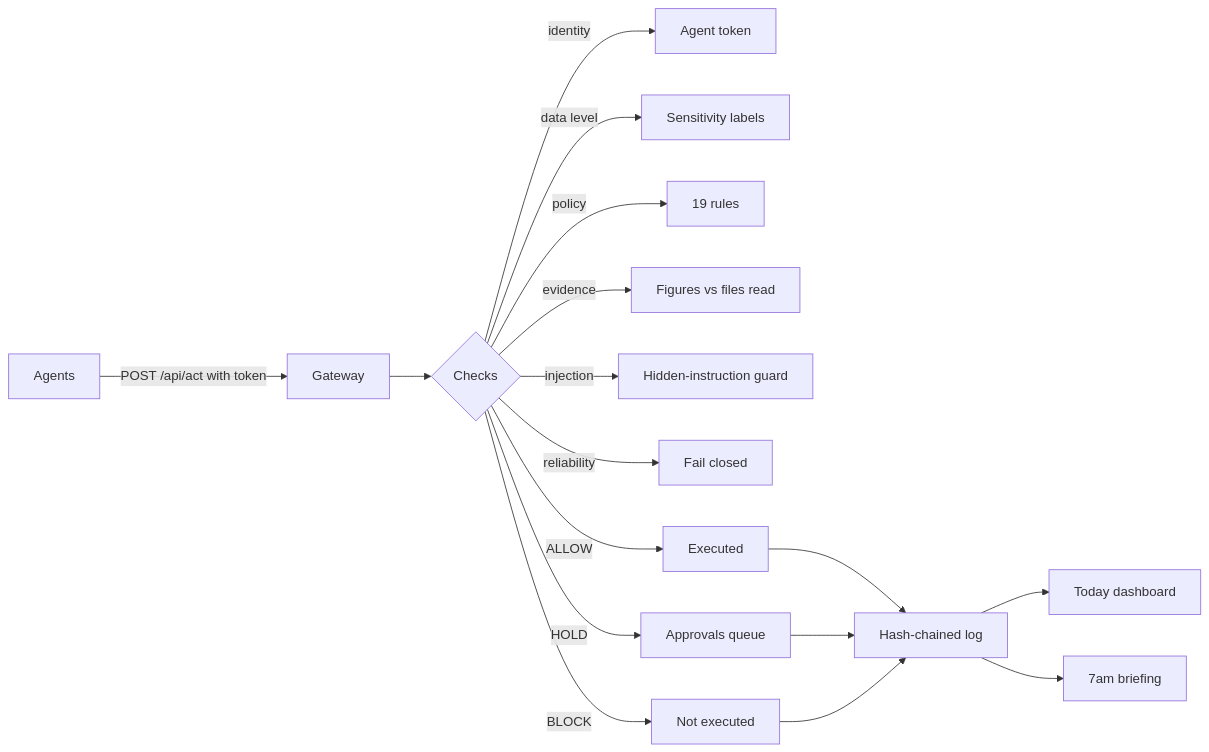
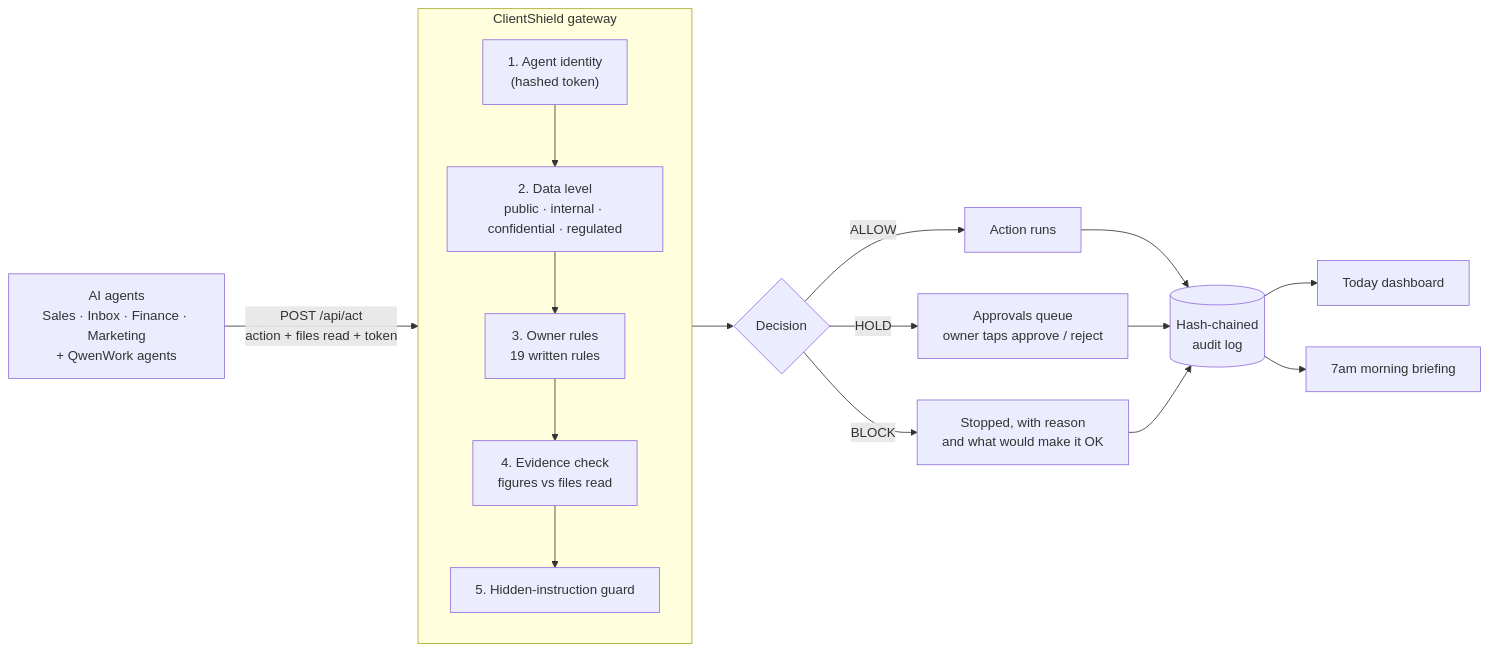
Before and after one commit to rahulmahadik/clientshield: the diagram in README.md, drawn with Mermaid. The commit also changed other lines of this file, not shown here.

````diff
--- a/README.md
+++ b/README.md
@@ -15,17 +108,23 @@
 ```mermaid
 flowchart LR
-    A[Agents] -->|POST /api/act with token| B[Gateway]
-    B --> C{Checks}
-    C -->|identity| C1[Agent token]
-    C -->|data level| C2[Sensitivity labels]
-    C -->|policy| C3[19 rules]
-    C -->|evidence| C4[Figures vs files read]
-    C -->|injection| C5[Hidden-instruction guard]
-    C -->|reliability| C6[Fail closed]
-    C -->|ALLOW| D[Executed]
-    C -->|HOLD| E[Approvals queue]
-    C -->|BLOCK| F[Not executed]
-    D & E & F --> G[Hash-chained log]
-    G --> H[Today dashboard]
-    G --> I[7am briefing]
+    A["AI agents<br/>Sales · Inbox · Finance · Marketing<br/>+ QwenWork agents"] -->|"POST /api/act<br/>action + files read + token"| G
+
+    subgraph G["ClientShield gateway"]
+        direction TB
+        G1["1. Agent identity<br/>(hashed token)"] --> G2["2. Data level<br/>public · internal · confidential · regulated"]
+        G2 --> G3["3. Owner rules<br/>19 written rules"]
+        G3 --> G4["4. Evidence check<br/>figures vs files read"]
+        G4 --> G5["5. Hidden-instruction guard"]
+    end
+
+    G --> D{"Decision"}
+    D -->|ALLOW| X["Action runs"]
+    D -->|HOLD| P["Approvals queue<br/>owner taps approve / reject"]
+    D -->|BLOCK| B["Stopped, with reason<br/>and what would make it OK"]
+
+    X --> L[("Hash-chained<br/>audit log")]
+    P --> L
+    B --> L
+    L --> T["Today dashboard"]
+    L --> M["7am morning briefing"]
 ```
````
